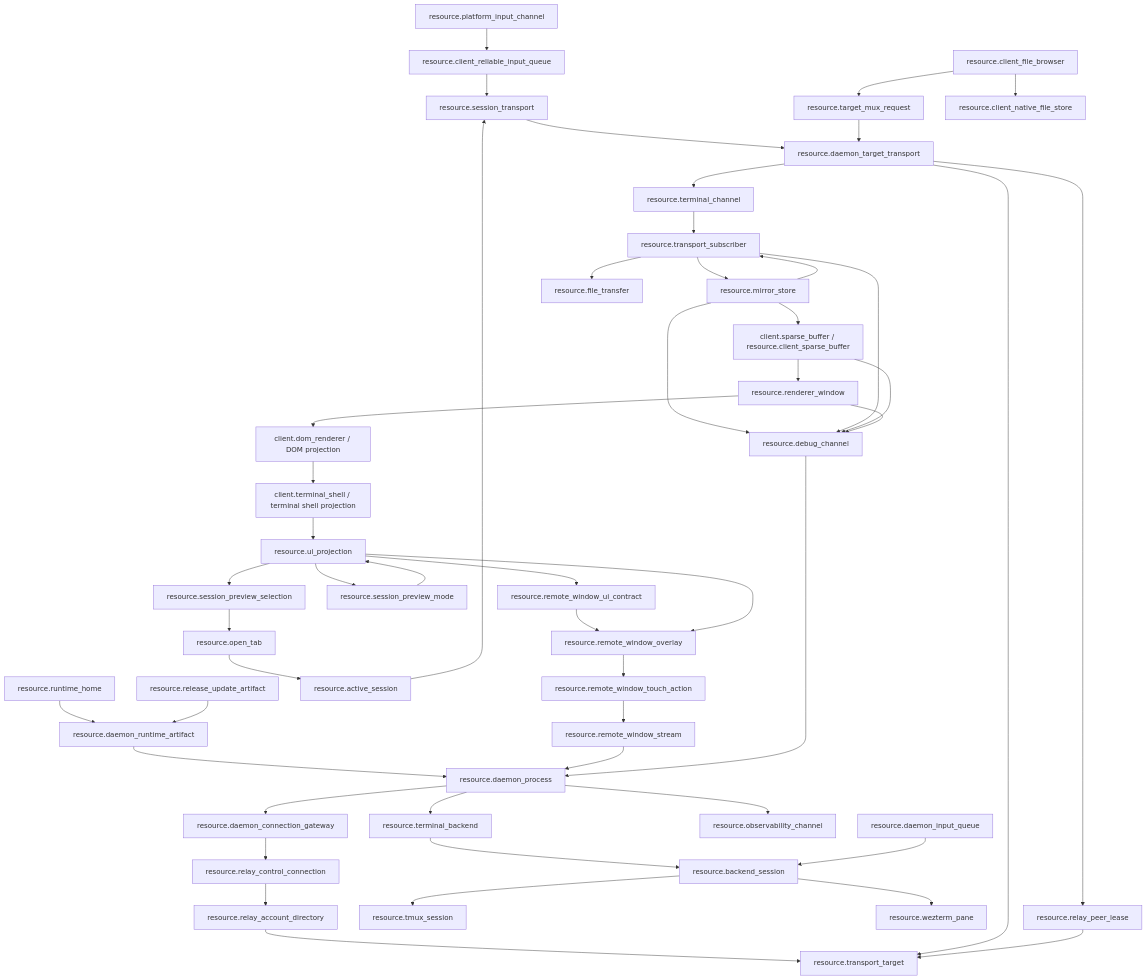
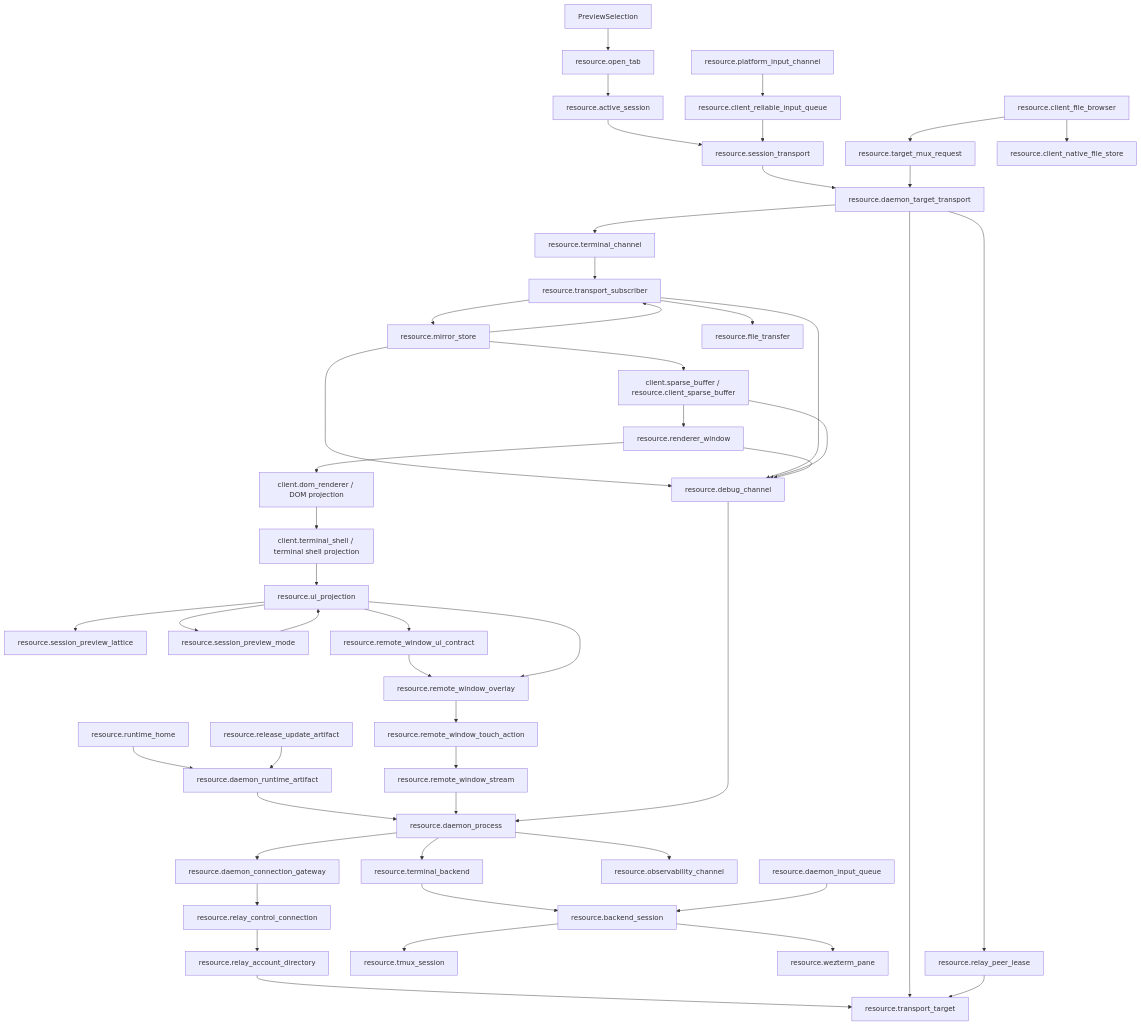
One commit to Jasonzhangf/zterm changed the fifth of 5 diagrams in android/docs/wiki/mainline-source.md. Above: the diagram before and after it, drawn with Mermaid. The commit also changed other lines of this file and 32 other files, not shown here.

First line of the commit message:
feat(android): converge session preview to junction lattice

````diff
--- a/android/docs/wiki/mainline-source.md
+++ b/android/docs/wiki/mainline-source.md
@@ -392,52 +390,52 @@
 ```mermaid
 flowchart TD
   RuntimeHome["resource.runtime_home"] --> DaemonArtifact["resource.daemon_runtime_artifact"]
   DaemonArtifact --> DaemonProcess["resource.daemon_process"]
   DaemonProcess --> DaemonConnectionGateway["resource.daemon_connection_gateway"]
   DaemonConnectionGateway --> RelayControlConnection["resource.relay_control_connection"]
   RelayControlConnection --> RelayAccountDirectory["resource.relay_account_directory"]
   RelayAccountDirectory --> TransportTarget
   DaemonProcess --> TerminalBackend["resource.terminal_backend"]
   DaemonProcess --> ObservabilityChannel["resource.observability_channel"]
   TerminalBackend --> BackendSession["resource.backend_session"]
   BackendSession --> TmuxSession["resource.tmux_session"]
   BackendSession --> WeztermPane["resource.wezterm_pane"]
   SessionTransport["resource.session_transport"] --> DaemonTargetTransport["resource.daemon_target_transport"]
   DaemonTargetTransport --> TransportTarget["resource.transport_target"]
   DaemonTargetTransport --> RelayPeerLease["resource.relay_peer_lease"]
   RelayPeerLease --> TransportTarget
   DaemonTargetTransport --> TerminalChannel["resource.terminal_channel"]
   TerminalChannel --> TransportSubscriber["resource.transport_subscriber"]
   TransportSubscriber --> MirrorStore["resource.mirror_store"]
   MirrorStore --> TransportSubscriber
   MirrorStore --> ClientSparseBuffer["client.sparse_buffer / resource.client_sparse_buffer"]
   ClientSparseBuffer --> RendererWindow["resource.renderer_window"]
   RendererWindow --> DomRenderer["client.dom_renderer / DOM projection"]
   DomRenderer --> TerminalShell["client.terminal_shell / terminal shell projection"]
   TerminalShell --> UiProjection["resource.ui_projection"]
-  UiProjection --> PreviewSelection["resource.session_preview_selection"]
+  UiProjection --> PreviewLattice["resource.session_preview_lattice"]
   UiProjection --> PreviewMode["resource.session_preview_mode"]
   UiProjection --> RemoteWindowContract["resource.remote_window_ui_contract"]
   RemoteWindowContract --> RemoteWindowOverlay
   UiProjection --> RemoteWindowOverlay["resource.remote_window_overlay"]
   RemoteWindowOverlay --> RemoteWindowTouchActionResource["resource.remote_window_touch_action"]
   RemoteWindowTouchActionResource --> RemoteWindowStream["resource.remote_window_stream"]
   RemoteWindowStream --> DaemonProcess
   PreviewSelection --> OpenTab
   PreviewMode --> UiProjection
   OpenTab["resource.open_tab"] --> ActiveSession["resource.active_session"]
   ActiveSession --> SessionTransport
   PlatformInput["resource.platform_input_channel"] --> ReliableInputQueue["resource.client_reliable_input_queue"]
   ReliableInputQueue --> SessionTransport
   ClientFileBrowser["resource.client_file_browser"] --> TargetMuxRequest["resource.target_mux_request"]
   TargetMuxRequest --> DaemonTargetTransport
   ClientFileBrowser --> ClientNativeFileStore["resource.client_native_file_store"]
   TransportSubscriber --> FileTransfer["resource.file_transfer"]
   DaemonInputQueue["resource.daemon_input_queue"] --> BackendSession
   ReleaseArtifact["resource.release_update_artifact"] --> DaemonArtifact
   DebugChannel["resource.debug_channel"] --> DaemonProcess
   MirrorStore --> DebugChannel
   TransportSubscriber --> DebugChannel
   ClientSparseBuffer --> DebugChannel
   RendererWindow --> DebugChannel
 ```
````
